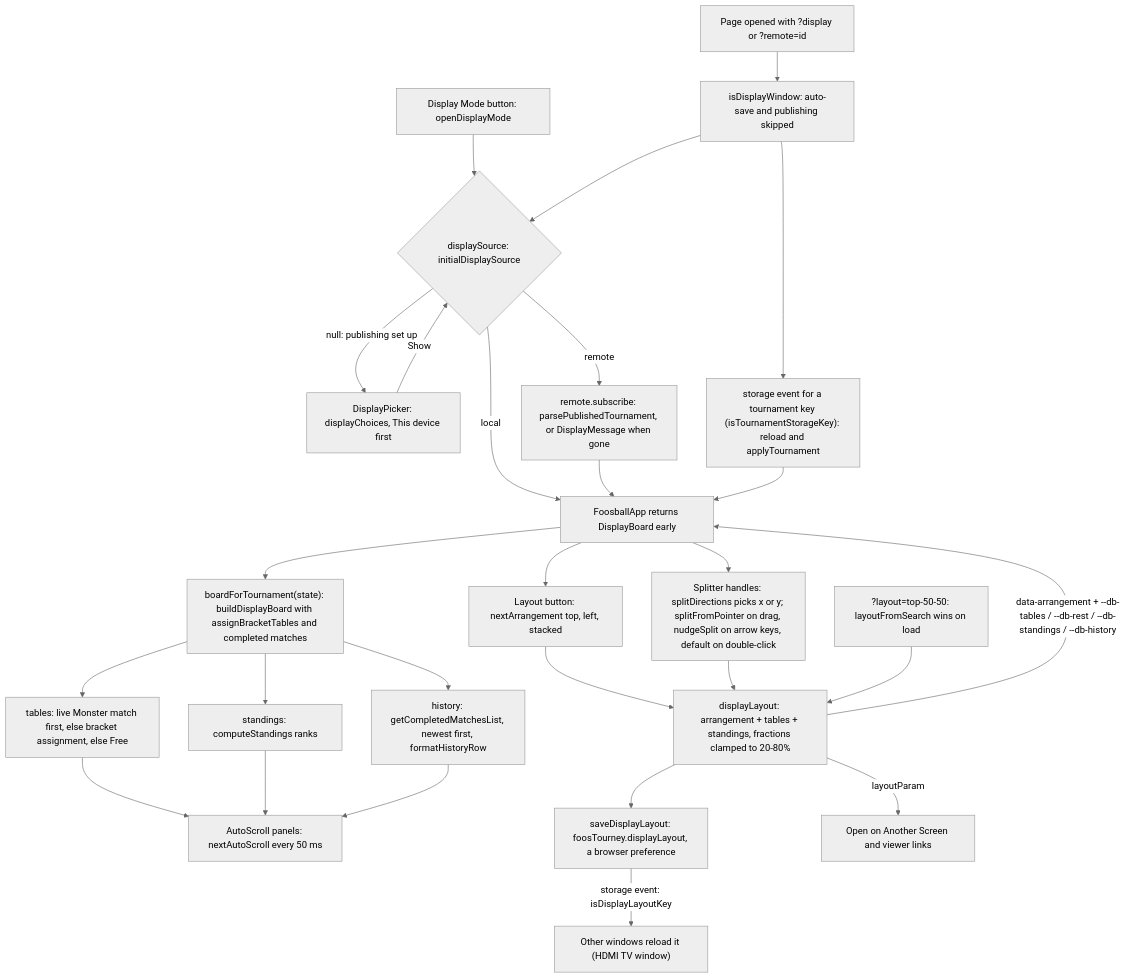
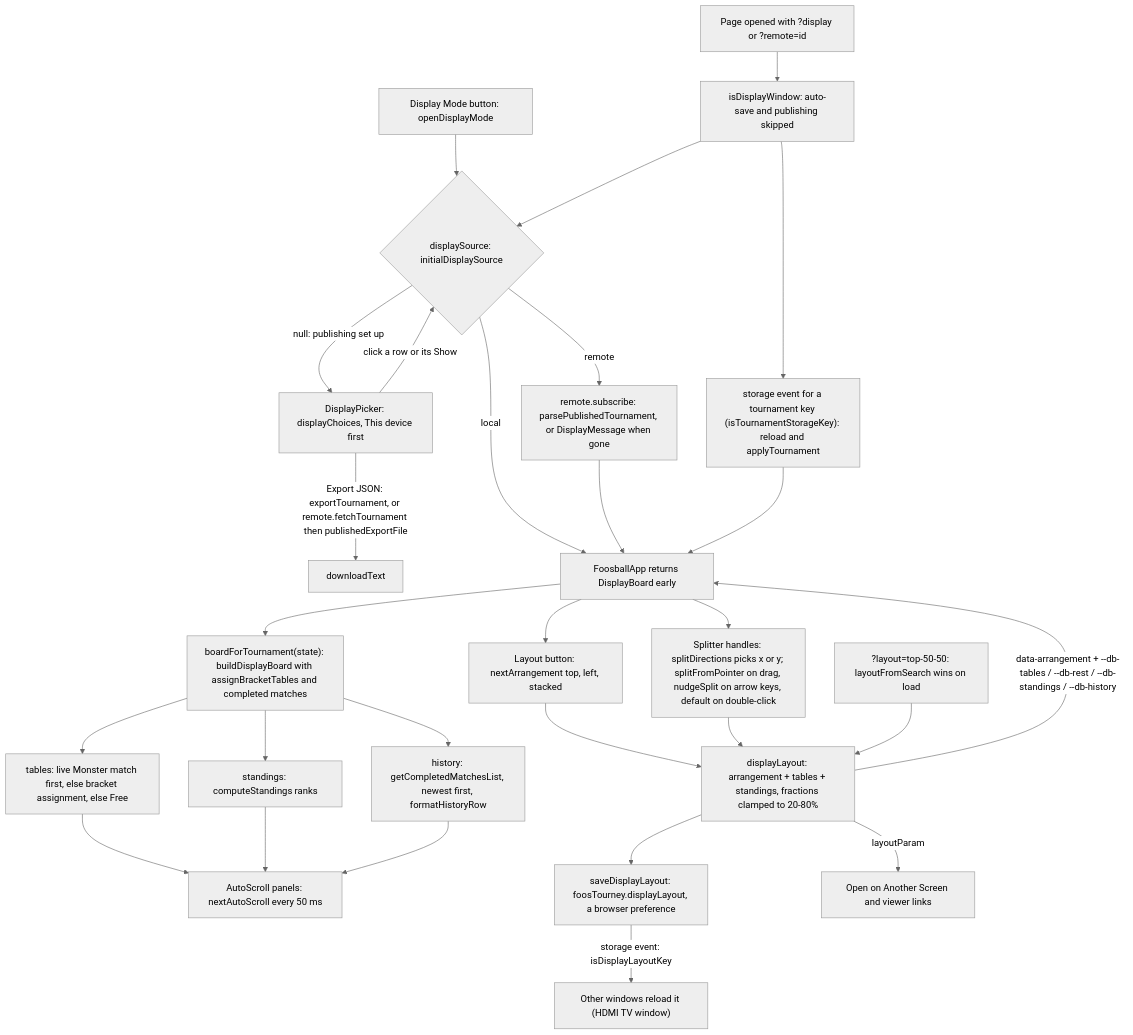
One commit to DT209/foos-tourney changed diagram 11 of 12 in .claude/Flow.md. Above: the diagram before and after it, drawn with Mermaid (neutral theme). The commit also changed other lines of this file and 7 other files, not shown here.

First line of the commit message:
Display Mode list: one click shows a tournament; Export JSON per row

````diff
--- a/.claude/Flow.md
+++ b/.claude/Flow.md
@@ -249,29 +249,30 @@
 ```mermaid
 flowchart TD
     BTN["Display Mode button: openDisplayMode"] --> SRC
     URL["Page opened with ?display or ?remote=id"] --> DW["isDisplayWindow: auto-save and publishing skipped"]
     DW --> SRC{"displaySource: initialDisplaySource"}
     SRC -->|"null: publishing set up"| PK["DisplayPicker: displayChoices, This device first"]
-    PK -->|"Show"| SRC
+    PK -->|"click a row or its Show"| SRC
+    PK -->|"Export JSON: exportTournament, or remote.fetchTournament then publishedExportFile"| DL["downloadText"]
     SRC -->|"remote"| SUB["remote.subscribe: parsePublishedTournament, or DisplayMessage when gone"]
     SRC -->|"local"| RENDER["FoosballApp returns DisplayBoard early"]
     SUB --> RENDER
     RENDER --> BB["boardForTournament(state): buildDisplayBoard with assignBracketTables and completed matches"]
     BB --> T["tables: live Monster match first, else bracket assignment, else Free"]
     BB --> S["standings: computeStandings ranks"]
     BB --> H["history: getCompletedMatchesList, newest first, formatHistoryRow"]
     T --> AS["AutoScroll panels: nextAutoScroll every 50 ms"]
     S --> AS
     H --> AS
     DW --> SE["storage event for a tournament key (isTournamentStorageKey): reload and applyTournament"]
     SE --> RENDER
     RENDER --> SP["Splitter handles: splitDirections picks x or y; splitFromPointer on drag, nudgeSplit on arrow keys, default on double-click"]
     RENDER --> LB["Layout button: nextArrangement top, left, stacked"]
     LB --> LY
     SP --> LY["displayLayout: arrangement + tables + standings, fractions clamped to 20-80%"]
     LY -->|"data-arrangement + --db-tables / --db-rest / --db-standings / --db-history"| RENDER
     LY --> SV["saveDisplayLayout: foosTourney.displayLayout, a browser preference"]
     SV -->|"storage event: isDisplayLayoutKey"| OW["Other windows reload it (HDMI TV window)"]
     URLL["?layout=top-50-50: layoutFromSearch wins on load"] --> LY
     LY -->|"layoutParam"| LINKS["Open on Another Screen and viewer links"]
 ```
````
